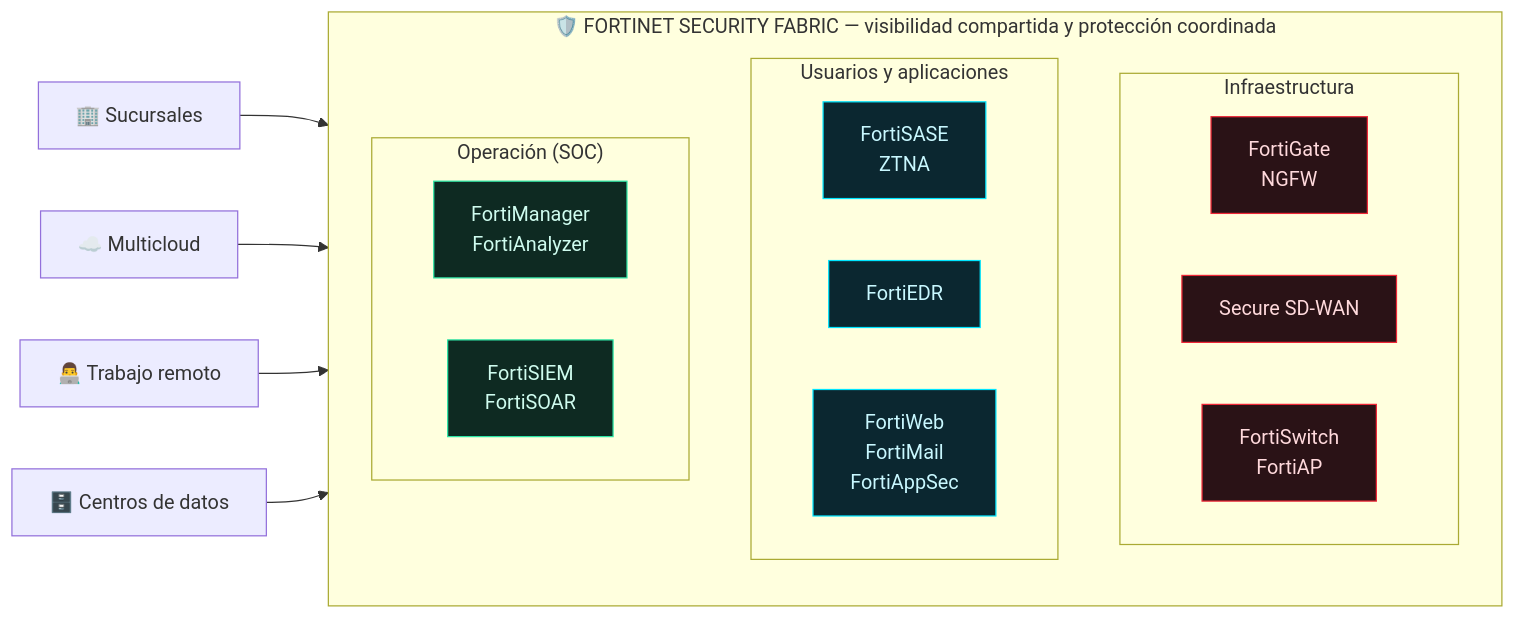
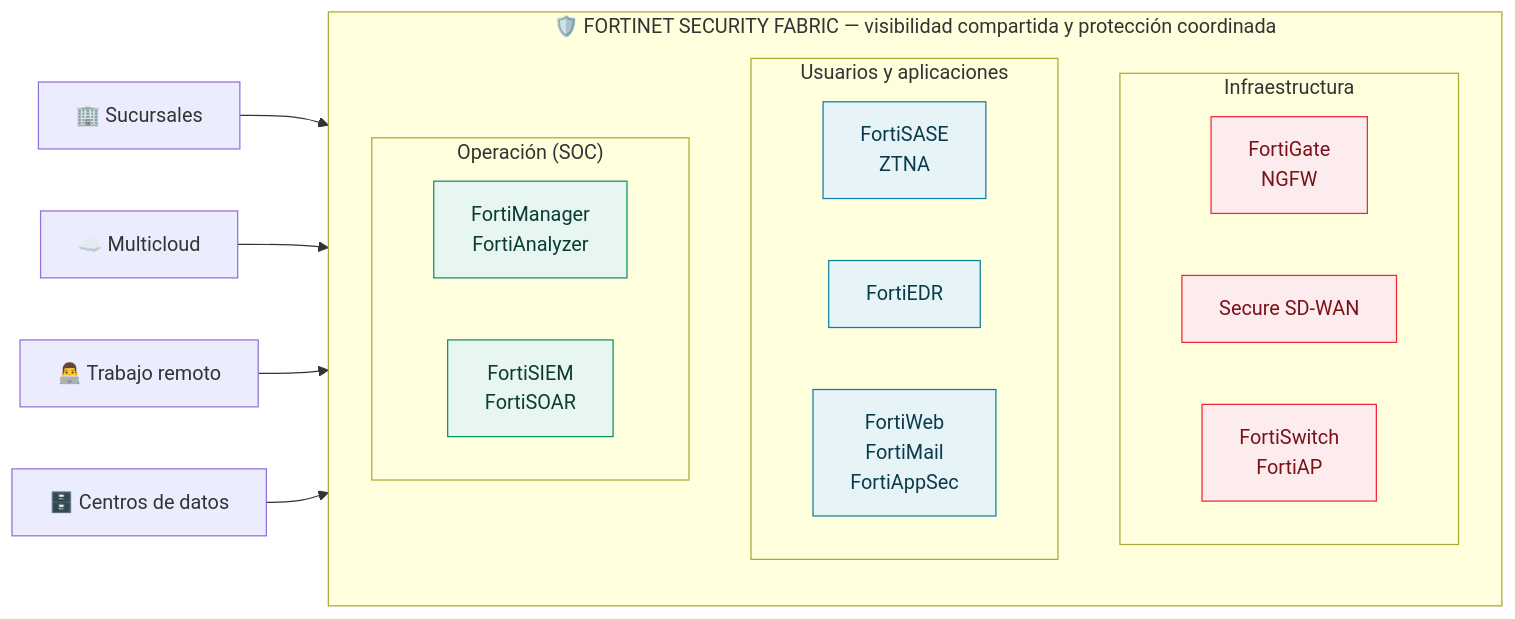
The diagram in README.md (MrCastilloF/fortinet-pitch-deck), drawn with Mermaid before and after one commit. The commit also changed other lines of this file and 3 other files, not shown here.

````diff
--- a/README.md
+++ b/README.md
@@ -121,29 +121,29 @@
 ```mermaid
 flowchart LR
-    classDef infra fill:#2A1216,stroke:#EE2737,color:#FFD9DC
-    classDef users fill:#0B2730,stroke:#00E5FF,color:#C9F8FF
-    classDef ops fill:#0E2A22,stroke:#2CE5A5,color:#CFFcef
+    classDef infra fill:#FDECEE,stroke:#EE2737,color:#7A1118
+    classDef users fill:#E6F4F8,stroke:#0B7FA0,color:#0B3B4A
+    classDef ops fill:#E7F6F0,stroke:#0E8F66,color:#0B3B32
 
     subgraph FABRIC["🛡️ FORTINET SECURITY FABRIC — visibilidad compartida y protección coordinada"]
         direction TB
         subgraph A["Infraestructura"]
             G1["FortiGate<br>NGFW"]:::infra
             G2["Secure SD-WAN"]:::infra
             G3["FortiSwitch<br>FortiAP"]:::infra
         end
         subgraph B["Usuarios y aplicaciones"]
             U1["FortiSASE<br>ZTNA"]:::users
             U2["FortiEDR"]:::users
             U3["FortiWeb<br>FortiMail<br>FortiAppSec"]:::users
         end
         subgraph C["Operación (SOC)"]
             O1["FortiManager<br>FortiAnalyzer"]:::ops
             O2["FortiSIEM<br>FortiSOAR"]:::ops
         end
     end
 
     SUC["🏢 Sucursales"] --> FABRIC
     NUBE["☁️ Multicloud"] --> FABRIC
     USU["👨‍💻 Trabajo remoto"] --> FABRIC
     DC["🗄️ Centros de datos"] --> FABRIC
 ```
````
